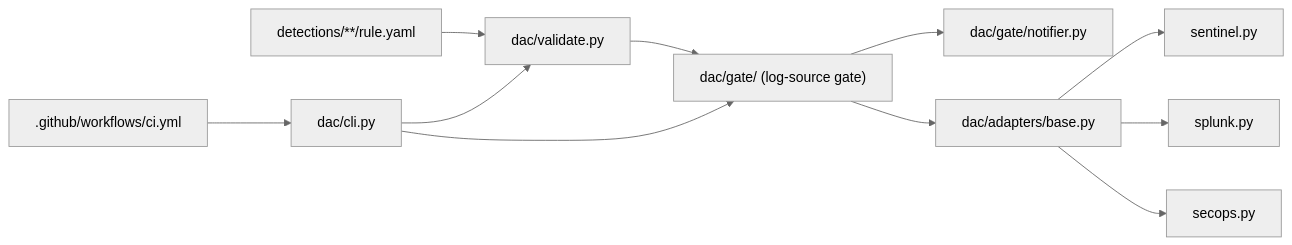
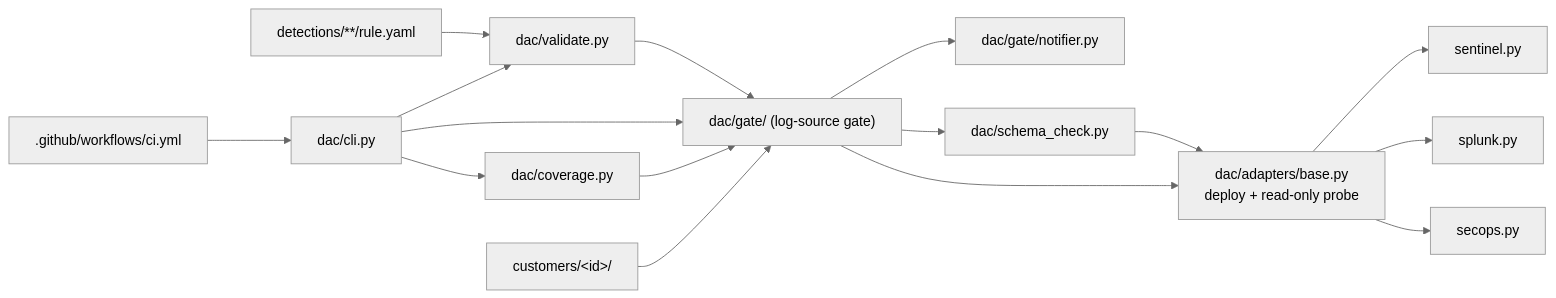
One commit to HungryBrain-bot/detection_As_Code changed the diagram in CLAUDE.md. Above: the diagram before and after it, drawn with Mermaid (neutral theme). The commit also changed other lines of this file and 57 other files, not shown here.

First line of the commit message:
Add per-customer gate, baseline tier, schema check with read-only probes, coverage layers

````diff
--- a/CLAUDE.md
+++ b/CLAUDE.md
@@ -42,13 +48,18 @@
 ```mermaid
 flowchart LR
     RULE["detections/**/rule.yaml"] --> VAL["dac/validate.py"]
     VAL --> GATE["dac/gate/ (log-source gate)"]
     GATE --> NOTIFY["dac/gate/notifier.py"]
-    GATE --> AD["dac/adapters/base.py"]
+    GATE --> SC["dac/schema_check.py"]
+    SC --> AD
+    GATE --> AD["dac/adapters/base.py<br/>deploy + read-only probe"]
     AD --> SEN["sentinel.py"]
     AD --> SPL["splunk.py"]
     AD --> SEC["secops.py"]
     CLI["dac/cli.py"] --> VAL
     CLI --> GATE
+    CLI --> COV["dac/coverage.py"]
+    COV --> GATE
+    CUST["customers/&lt;id&gt;/"] --> GATE
     CI[".github/workflows/ci.yml"] --> CLI
 ```
````
